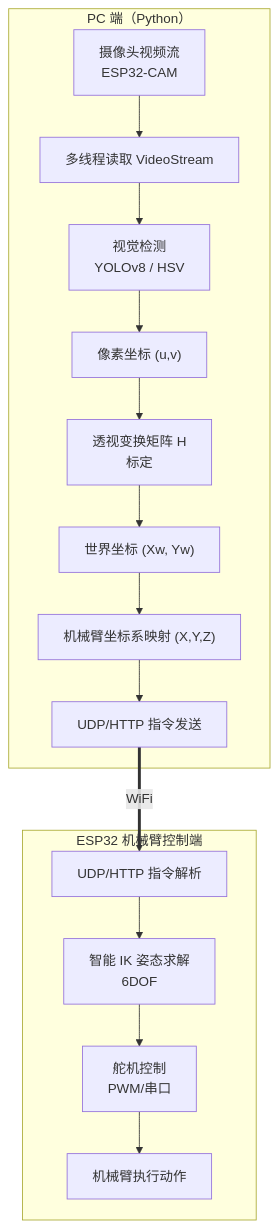
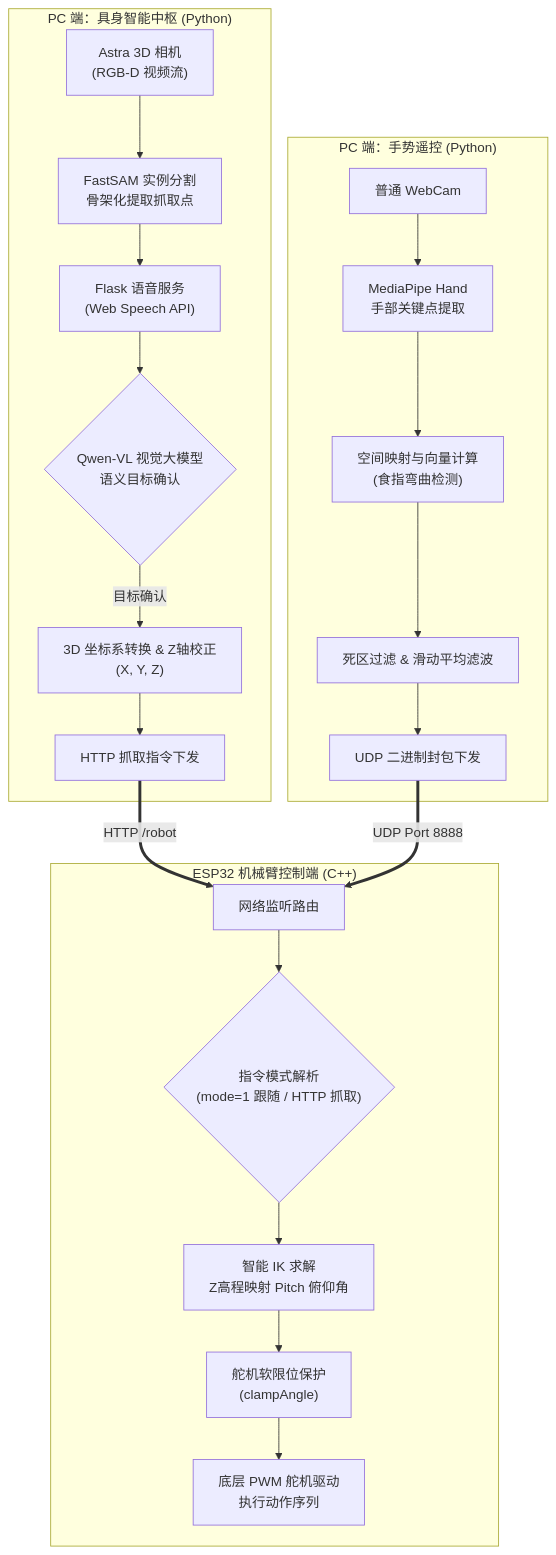
One commit to metaphordivine/LeArm-Vision-Gesture-Control changed the first of 3 diagrams in README.md. Above: the diagram before and after it, drawn with Mermaid. The commit also changed other lines of this file, not shown here.

````diff
--- a/README.md
+++ b/README.md
@@ -33,21 +32,27 @@
 ```mermaid
 flowchart TD
-    subgraph PC["PC 端（Python）"]
-        A1["摄像头视频流<br>ESP32-CAM"] --> A2["多线程读取 VideoStream"]
-        A2 --> A3["视觉检测<br>YOLOv8 / HSV"]
-        A3 --> A4["像素坐标 (u,v)"]
-        A4 --> A5["透视变换矩阵 H<br>标定"]
-        A5 --> A6["世界坐标 (Xw, Yw)"]
-        A6 --> A7["机械臂坐标系映射 (X,Y,Z)"]
-        A7 --> A8["UDP/HTTP 指令发送"]
+    subgraph PC_Vision ["PC 端：具身智能中枢 (Python)"]
+        V1["Astra 3D 相机<br>(RGB-D 视频流)"] --> V2["FastSAM 实例分割<br>骨架化提取抓取点"]
+        V2 --> V3["Flask 语音服务<br>(Web Speech API)"]
+        V3 --> V4{"Qwen-VL 视觉大模型<br>语义目标确认"}
+        V4 -->|目标确认| V5["3D 坐标系转换 & Z轴校正<br>(X, Y, Z)"]
+        V5 --> V6["HTTP 抓取指令下发"]
     end
 
-    A8 ==>|WiFi| B1
-
-    subgraph ESP32["ESP32 机械臂控制端"]
-        B1["UDP/HTTP 指令解析"] --> B2["智能 IK 姿态求解<br>6DOF"]
-        B2 --> B3["舵机控制<br>PWM/串口"]
-        B3 --> B4["机械臂执行动作"]
+    subgraph PC_Gesture ["PC 端：手势遥控 (Python)"]
+        G1["普通 WebCam"] --> G2["MediaPipe Hand<br>手部关键点提取"]
+        G2 --> G3["空间映射与向量计算<br>(食指弯曲检测)"]
+        G3 --> G4["死区过滤 & 滑动平均滤波"]
+        G4 --> G5["UDP 二进制封包下发"]
     end
 
+    V6 ==>|HTTP /robot| ESP32
+    G5 ==>|UDP Port 8888| ESP32
+
+    subgraph ESP32_Node ["ESP32 机械臂控制端 (C++)"]
+        ESP32["网络监听路由"] --> C1{"指令模式解析<br>(mode=1 跟随 / HTTP 抓取)"}
+        C1 --> C2["智能 IK 求解<br>Z高程映射 Pitch 俯仰角"]
+        C2 --> C3["舵机软限位保护<br>(clampAngle)"]
+        C3 --> C4["底层 PWM 舵机驱动<br>执行动作序列"]
+    end
 ```
````
